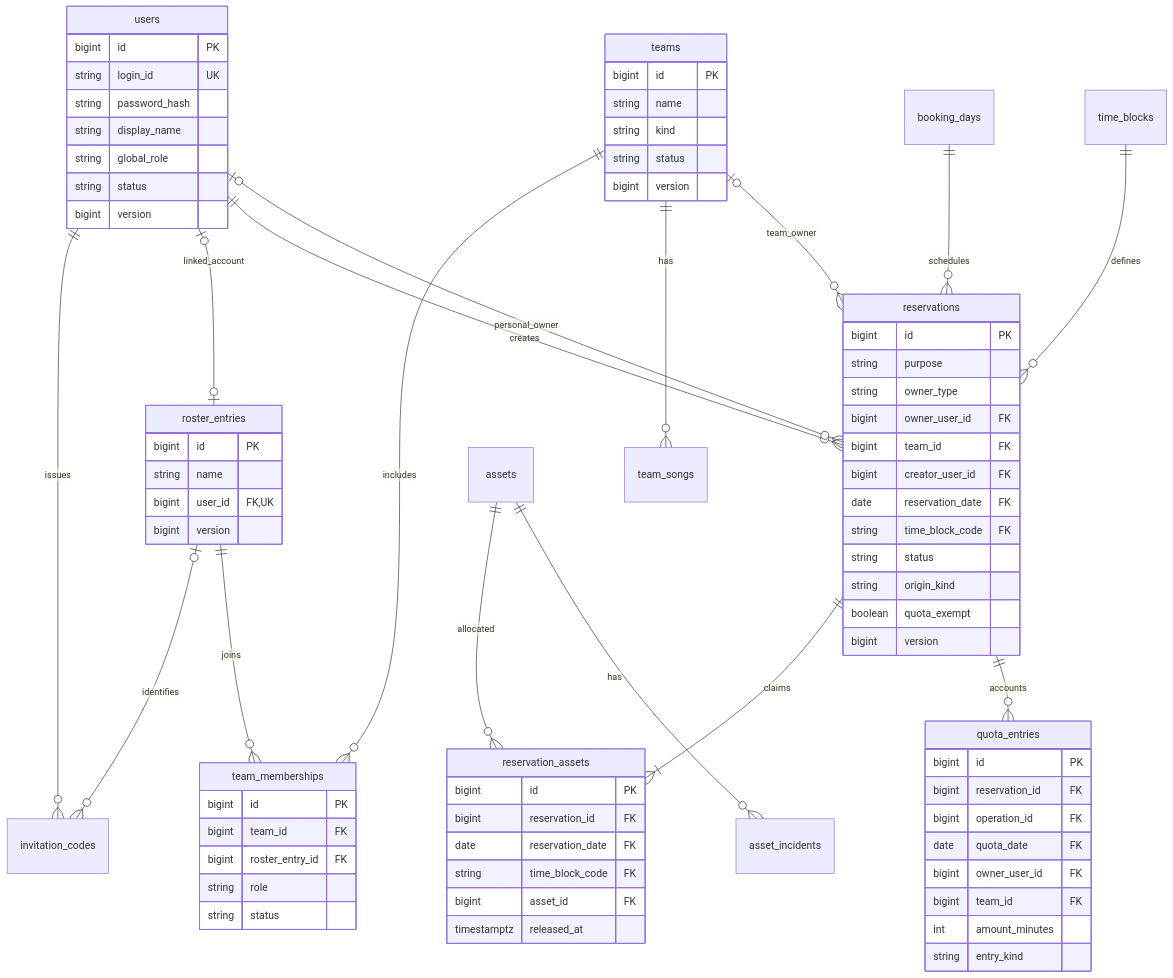
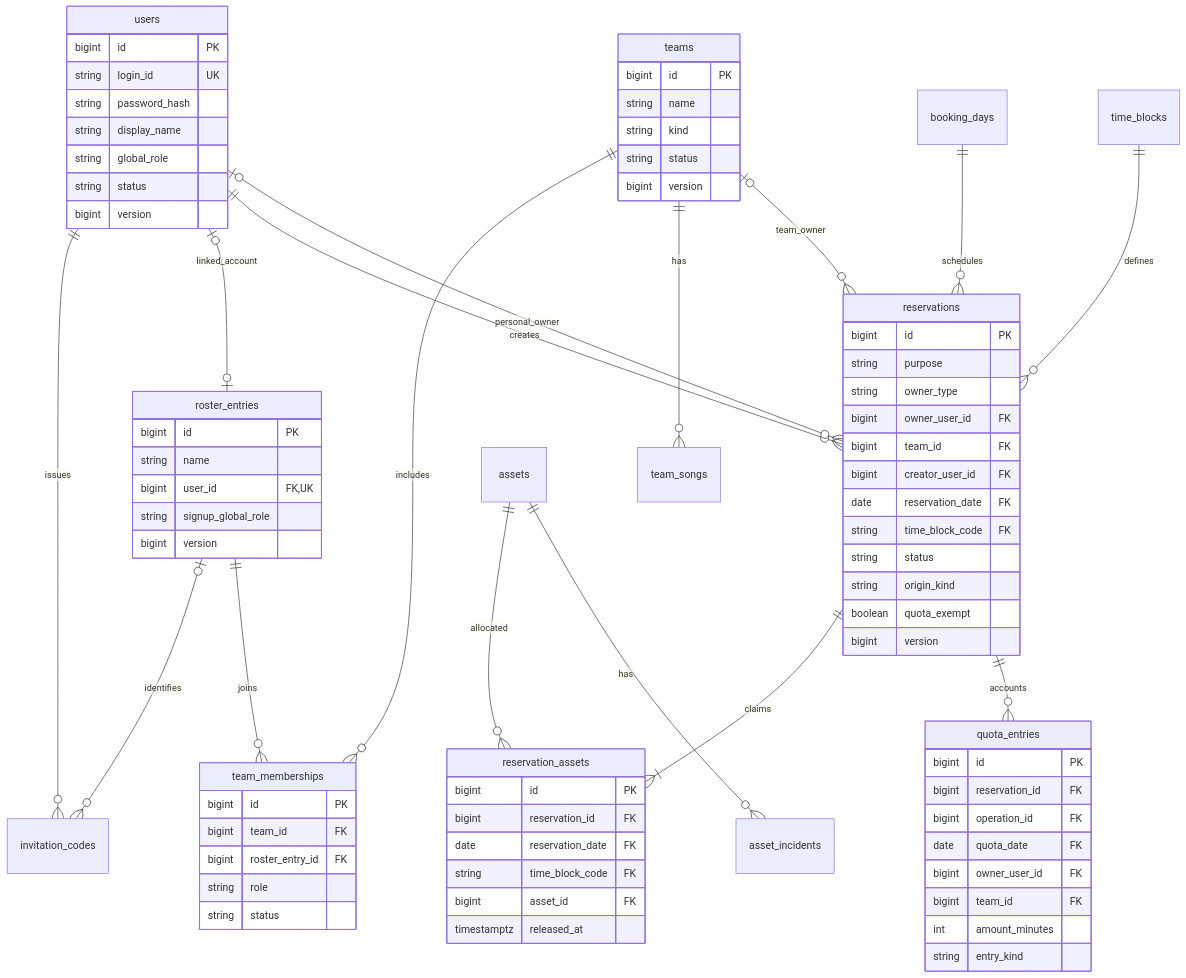
Before and after one commit to developer-sw/jeongeum-band-scheduler: the first of 3 diagrams in docs/ERD.md, drawn with Mermaid. The commit also changed other lines of this file and 24 other files, not shown here.

````diff
--- a/docs/ERD.md
+++ b/docs/ERD.md
@@ -20,80 +20,81 @@
 ```mermaid
 erDiagram
     users ||--o{ invitation_codes : issues
     users o|--o| roster_entries : linked_account
     roster_entries o|--o{ invitation_codes : identifies
     roster_entries ||--o{ team_memberships : joins
     teams ||--o{ team_memberships : includes
     teams ||--o{ team_songs : has
     users ||--o{ reservations : creates
     users o|--o{ reservations : personal_owner
     teams o|--o{ reservations : team_owner
     booking_days ||--o{ reservations : schedules
     time_blocks ||--o{ reservations : defines
     reservations ||--|{ reservation_assets : claims
     assets ||--o{ reservation_assets : allocated
     assets ||--o{ asset_incidents : has
     reservations ||--o{ quota_entries : accounts
 
     users {
         bigint id PK
         string login_id UK
         string password_hash
         string display_name
         string global_role
         string status
         bigint version
     }
     teams {
         bigint id PK
         string name
         string kind
         string status
         bigint version
     }
     roster_entries {
         bigint id PK
         string name
         bigint user_id FK,UK
+        string signup_global_role
         bigint version
     }
     team_memberships {
         bigint id PK
         bigint team_id FK
         bigint roster_entry_id FK
         string role
         string status
     }
     reservations {
         bigint id PK
         string purpose
         string owner_type
         bigint owner_user_id FK
         bigint team_id FK
         bigint creator_user_id FK
         date reservation_date FK
         string time_block_code FK
         string status
         string origin_kind
         boolean quota_exempt
         bigint version
     }
     reservation_assets {
         bigint id PK
         bigint reservation_id FK
         date reservation_date FK
         string time_block_code FK
         bigint asset_id FK
         timestamptz released_at
     }
     quota_entries {
         bigint id PK
         bigint reservation_id FK
         bigint operation_id FK
         date quota_date FK
         bigint owner_user_id FK
         bigint team_id FK
         int amount_minutes
         string entry_kind
     }
 ```
````
